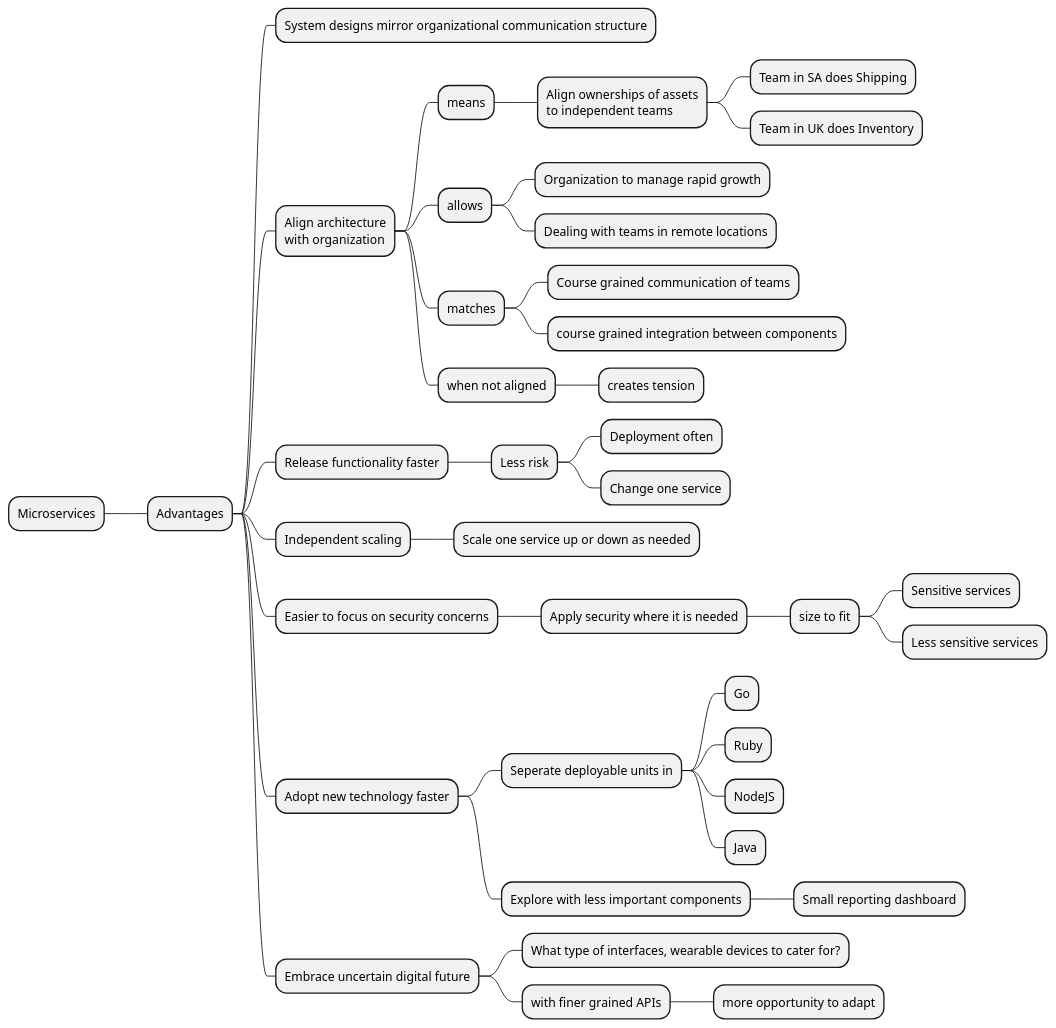
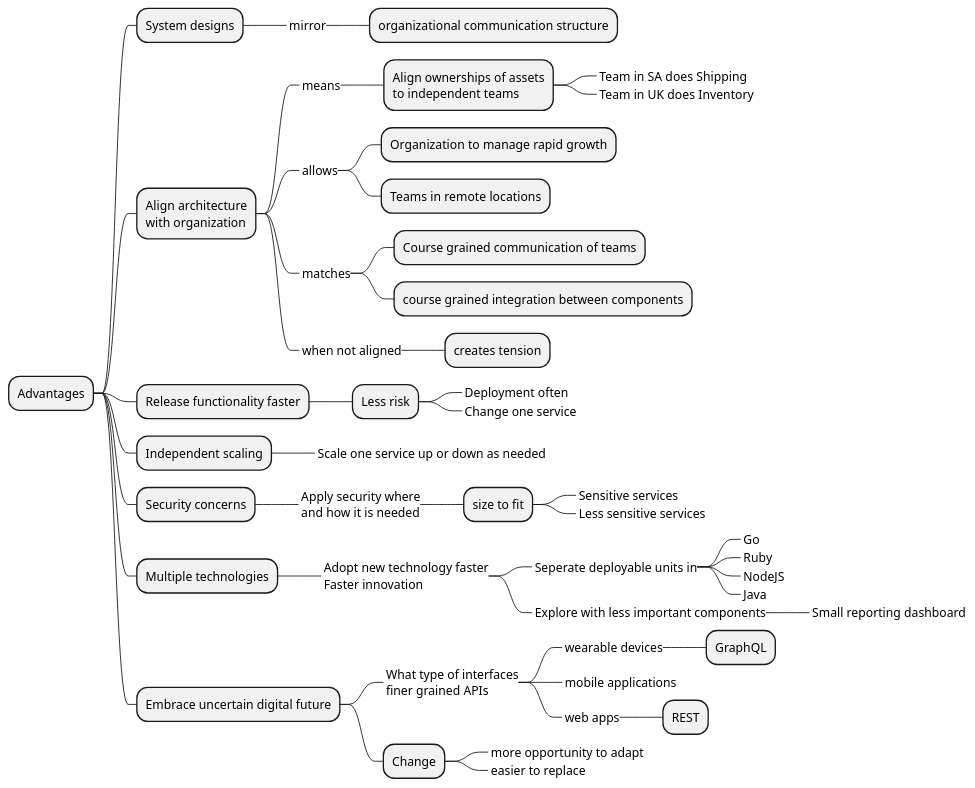
One commit to bobbyache/study-diagrams changed the diagram in microservices/advantages.plantuml. Above: the diagram before and after it, drawn with PlantUML. The commit also changed 6 other files, not shown here.

Commit message:
Updates to microservice mind maps

```diff
--- a/microservices/advantages.plantuml
+++ b/microservices/advantages.plantuml
@@ -2,52 +2,52 @@
-@startmindmap
-
-+ Microservices
+@startmindmap "Advantages"
 
 
-
-++ Advantages
-
-+++ System designs mirror organizational communication structure
-+++ Align architecture\nwith organization
-++++ means
-+++++ Align ownerships of assets\nto independent teams
-++++++ Team in SA does Shipping
-++++++ Team in UK does Inventory
-++++ allows
-+++++ Organization to manage rapid growth
-+++++ Dealing with teams in remote locations
-++++ matches
-+++++ Course grained communication of teams
-+++++ course grained integration between components
-++++ when not aligned
-+++++ creates tension
-
-+++ Release functionality faster
-++++ Less risk
-+++++ Deployment often
-+++++ Change one service
-
-+++ Independent scaling
-++++ Scale one service up or down as needed
-
-+++ Easier to focus on security concerns
-++++ Apply security where it is needed
-+++++ size to fit
-++++++ Sensitive services
-++++++ Less sensitive services
-
-+++ Adopt new technology faster
-++++ Seperate deployable units in
-+++++ Go
-+++++ Ruby
-+++++ NodeJS
-+++++ Java
-++++ Explore with less important components
-+++++ Small reporting dashboard
-
-+++ Embrace uncertain digital future
-++++ What type of interfaces, wearable devices to cater for?
-++++ with finer grained APIs
-+++++ more opportunity to adapt
++ Advantages
+++ System designs
++++_ mirror
+++++ organizational communication structure
+++ Align architecture\nwith organization
++++_ means
+++++ Align ownerships of assets\nto independent teams
++++++_ Team in SA does Shipping
++++++_ Team in UK does Inventory
++++_ allows
+++++ Organization to manage rapid growth
+++++ Teams in remote locations
++++_ matches
+++++ Course grained communication of teams
+++++ course grained integration between components
++++_ when not aligned
+++++ creates tension
+++ Release functionality faster
++++ Less risk
+++++_ Deployment often
+++++_ Change one service
+++ Independent scaling
++++_ Scale one service up or down as needed
+++ Security concerns
++++_ Apply security where\nand how it is needed
+++++ size to fit
++++++_ Sensitive services
++++++_ Less sensitive services
+++ Multiple technologies
++++_ Adopt new technology faster\nFaster innovation
+++++_ Seperate deployable units in
++++++_ Go
++++++_ Ruby
++++++_ NodeJS
++++++_ Java
+++++_ Explore with less important components
++++++_ Small reporting dashboard
+++ Embrace uncertain digital future
++++_ What type of interfaces\nfiner grained APIs
+++++_ wearable devices
++++++ GraphQL
+++++_ mobile applications
+++++_ web apps
++++++ REST
++++ Change
+++++_ more opportunity to adapt
+++++_ easier to replace
 
 @endmindmap
```
